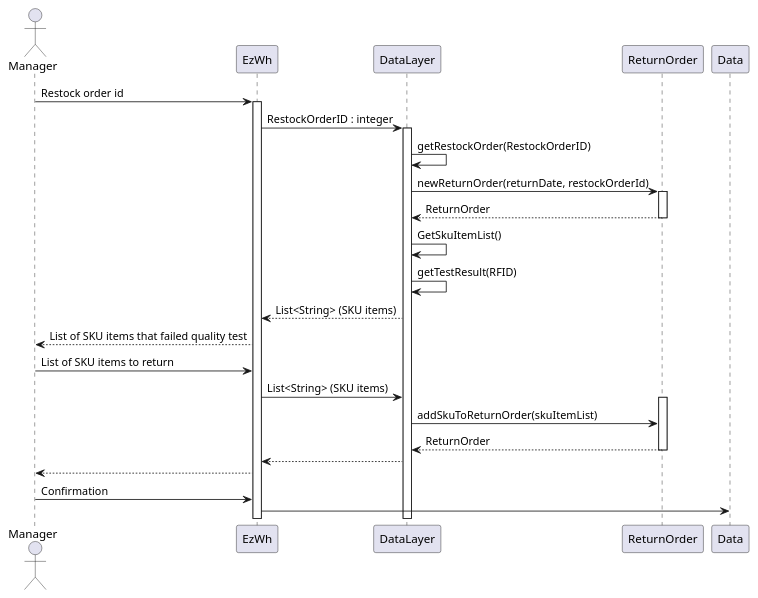
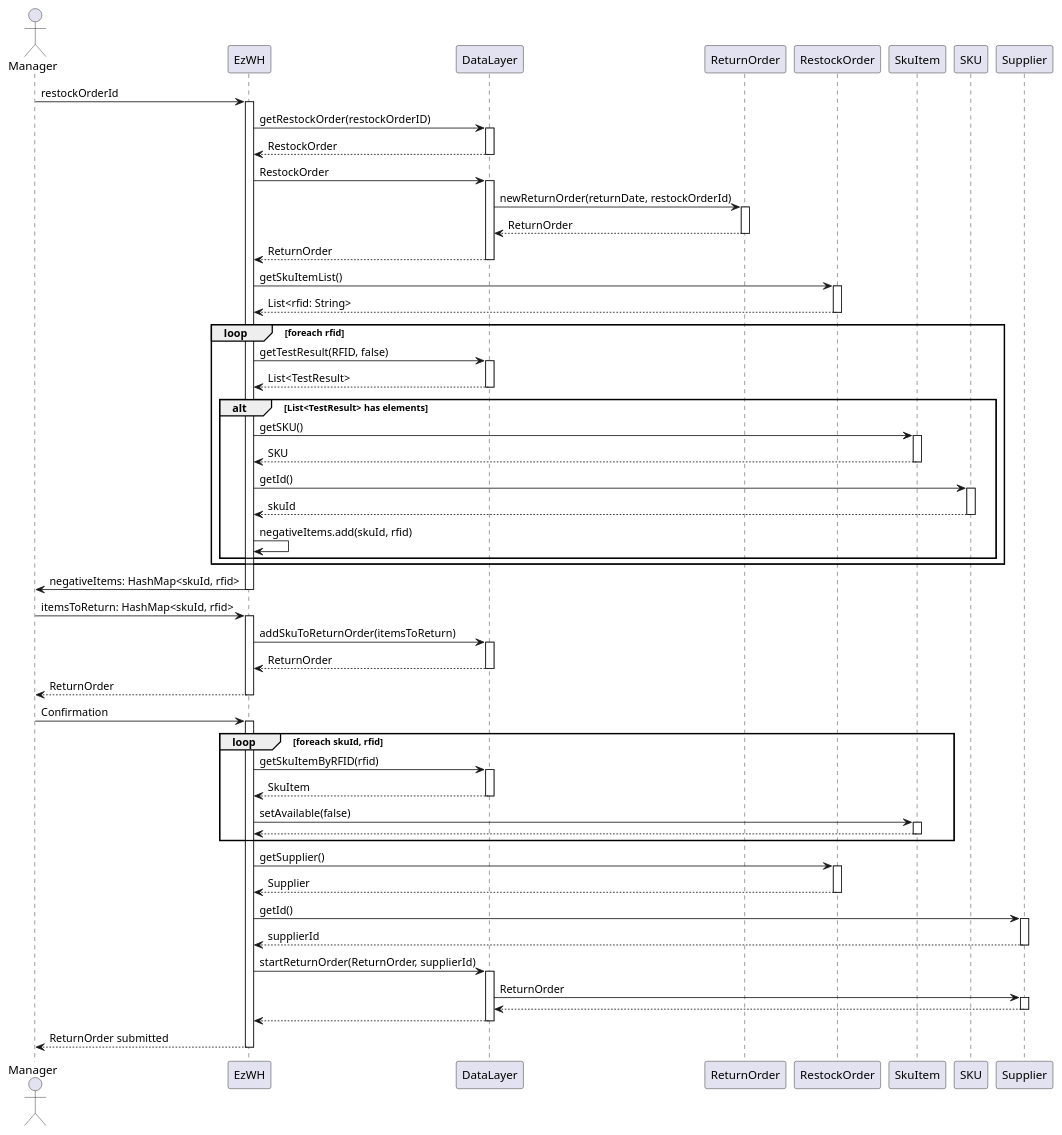
One commit to LucaFilippetti99/EzWh---Software-engineering-project changed the seventh of 8 diagrams in DesignDocument.md. Above: the diagram before and after it, drawn with PlantUML. The commit also changed other lines of this file, not shown here.

Commit message:
Several fixes to classes and 6-1 scenario sequence diagram

````diff
--- a/DesignDocument.md
+++ b/DesignDocument.md
@@ -662,29 +671,92 @@
 ```plantuml
 
 actor Manager
-Manager -> EzWh : Restock order id
-activate EzWh
-    EzWh -> DataLayer : RestockOrderID : integer
-    Activate DataLayer
-        DataLayer -> DataLayer : getRestockOrder(RestockOrderID)
-            DataLayer -> ReturnOrder : newReturnOrder(returnDate, restockOrderId)
-            Activate ReturnOrder
-            ReturnOrder --> DataLayer : ReturnOrder
-        Deactivate ReturnOrder
-        DataLayer -> DataLayer : GetSkuItemList()
-        DataLayer -> DataLayer : getTestResult(RFID)
-        DataLayer --> EzWh : List<String> (SKU items)
-        EzWh --> Manager : List of SKU items that failed quality test
-        Manager -> EzWh : List of SKU items to return
-        EzWh -> DataLayer : List<String> (SKU items)
-        Activate ReturnOrder
-            DataLayer -> ReturnOrder : addSkuToReturnOrder(skuItemList)
-            ReturnOrder --> DataLayer : ReturnOrder
-        Deactivate ReturnOrder
-        DataLayer --> EzWh
-        EzWh --> Manager
-        Manager -> EzWh : Confirmation
-        EzWh -> Data
+Manager -> EzWH : restockOrderId
+activate EzWH
 
+EzWH -> DataLayer : getRestockOrder(restockOrderID)
+activate DataLayer
+return RestockOrder
+
+EzWH -> DataLayer : RestockOrder
+activate DataLayer
+
+DataLayer -> ReturnOrder : newReturnOrder(returnDate, restockOrderId)
+activate ReturnOrder
+return ReturnOrder
+return ReturnOrder
+
+deactivate ReturnOrder
+EzWH -> RestockOrder : getSkuItemList()
+activate RestockOrder
+return List<rfid: String>
+
+loop foreach rfid
+
+EzWH -> DataLayer : getTestResult(RFID, false)
+activate DataLayer
+return List<TestResult>
+
+alt List<TestResult> has elements 
+
+EzWH -> SkuItem : getSKU()
+activate SkuItem
+return SKU
+
+EzWH -> SKU : getId()
+activate SKU
+return skuId
+
+EzWH -> EzWH : negativeItems.add(skuId, rfid)
+
+end
+
+end
+
+EzWH -> Manager : negativeItems: HashMap<skuId, rfid>
+deactivate EzWH
+
+Manager -> EzWH : itemsToReturn: HashMap<skuId, rfid>
+activate EzWH 
+
+EzWH -> DataLayer : addSkuToReturnOrder(itemsToReturn)
+activate DataLayer
+return ReturnOrder
+
+return ReturnOrder
+
+Manager -> EzWH : Confirmation
+activate EzWH
+
+loop foreach skuId, rfid
+
+EzWH -> DataLayer: getSkuItemByRFID(rfid)
+activate DataLayer
+return SkuItem
+
+EzWH -> SkuItem: setAvailable(false)
+activate SkuItem
+return 
+
+end
+
+EzWH -> RestockOrder: getSupplier()
+activate RestockOrder
+return Supplier
+
+EzWH -> Supplier: getId()
+activate Supplier
+return supplierId
+
+EzWH -> DataLayer: startReturnOrder(ReturnOrder, supplierId)
+activate DataLayer
+
+DataLayer -> Supplier: ReturnOrder
+activate Supplier
+return
+
+return
+
+return ReturnOrder submitted
 
 ```
````
